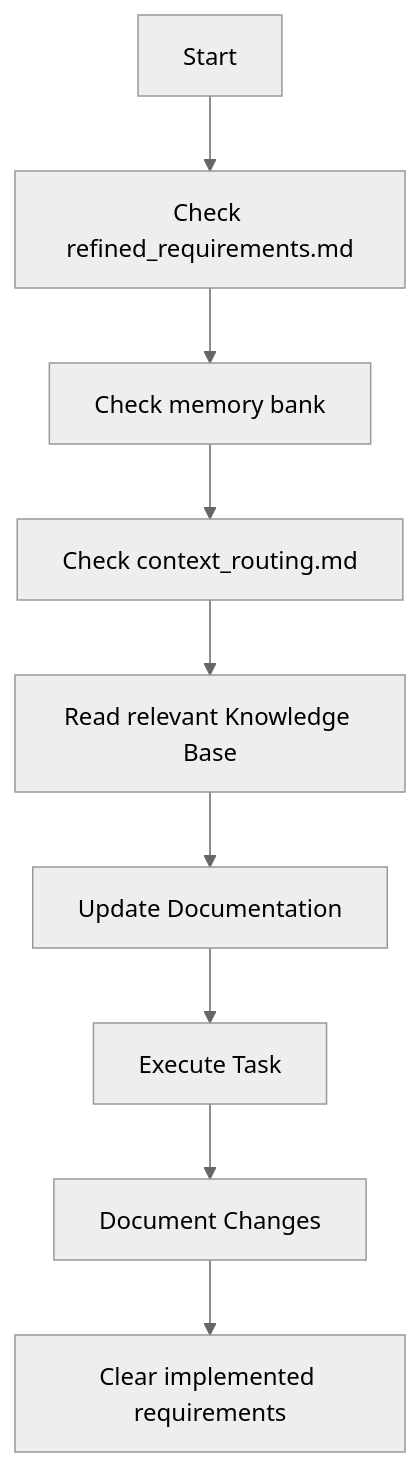
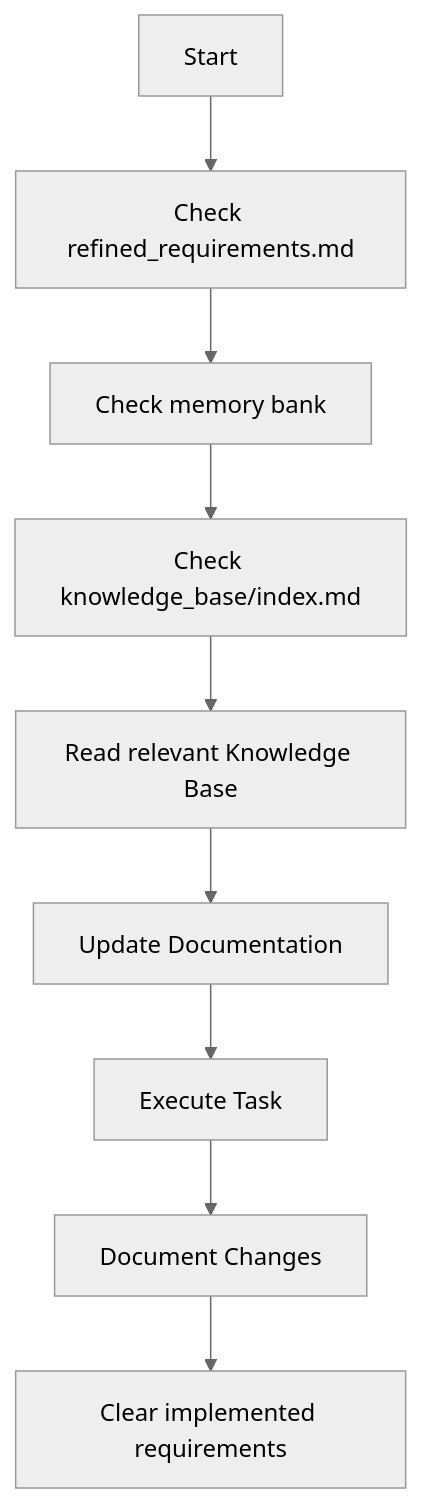
Before and after one commit to sjunepark/ai-development-system: the second of 3 diagrams in rules/coding_agent_workflow.md, drawn with Mermaid (neutral theme). The commit also changed other lines of this file and 2 other files, not shown here.

````diff
--- a/rules/coding_agent_workflow.md
+++ b/rules/coding_agent_workflow.md
@@ -30,11 +30,11 @@
 ```mermaid
 flowchart TD
     Start[Start] --> CheckReqs[Check refined_requirements.md]
     CheckReqs --> Context[Check memory bank]
-    Context --> Routing[Check context_routing.md]
-    Routing --> KB[Read relevant Knowledge Base]
+    Context --> KBIndex[Check knowledge_base/index.md]
+    KBIndex --> KB[Read relevant Knowledge Base]
     KB --> Update[Update Documentation]
     Update --> Execute[Execute Task]
     Execute --> Document[Document Changes]
     Document --> ClearReqs[Clear implemented requirements]
 ```
````
